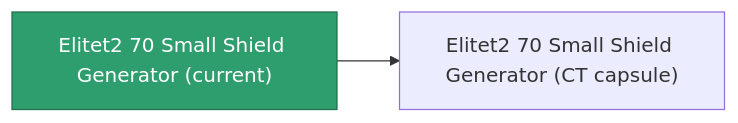
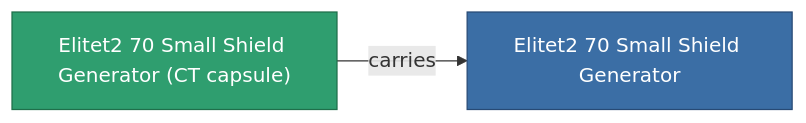
The diagram in content/content/items/elitet2_70_small_shield_generator.md (OpenPerpetuum/Wiki), drawn with Mermaid before and after one commit. The commit also changed other lines of this file and 2015 other files, not shown here.

````diff
--- a/content/content/items/elitet2_70_small_shield_generator.md
+++ b/content/content/items/elitet2_70_small_shield_generator.md
@@ -37,8 +37,9 @@
 ```mermaid
 graph LR
-    a["Elitet2 70 Small Shield Generator (current)"]:::current
-    b["Elitet2 70 Small Shield Generator (CT capsule)"]
-    a --> b
-    click b "/content/items/elitet2-70-small-shield-generator-ct-capsule/" "Elitet2 70 Small Shield Generator (CT capsule)"
+    a["Elitet2 70 Small Shield Generator (CT capsule)"]:::current
+    b["Elitet2 70 Small Shield Generator"]:::finished
+    a -->|carries| b
+                click b "/content/items/elitet2-70-small-shield-generator/" "Elitet2 70 Small Shield Generator"
     classDef current fill:#2f9e6f,stroke:#1f6f4a,color:#ffffff
+    classDef finished fill:#3b6ea5,stroke:#274a75,color:#ffffff
 ```
````
